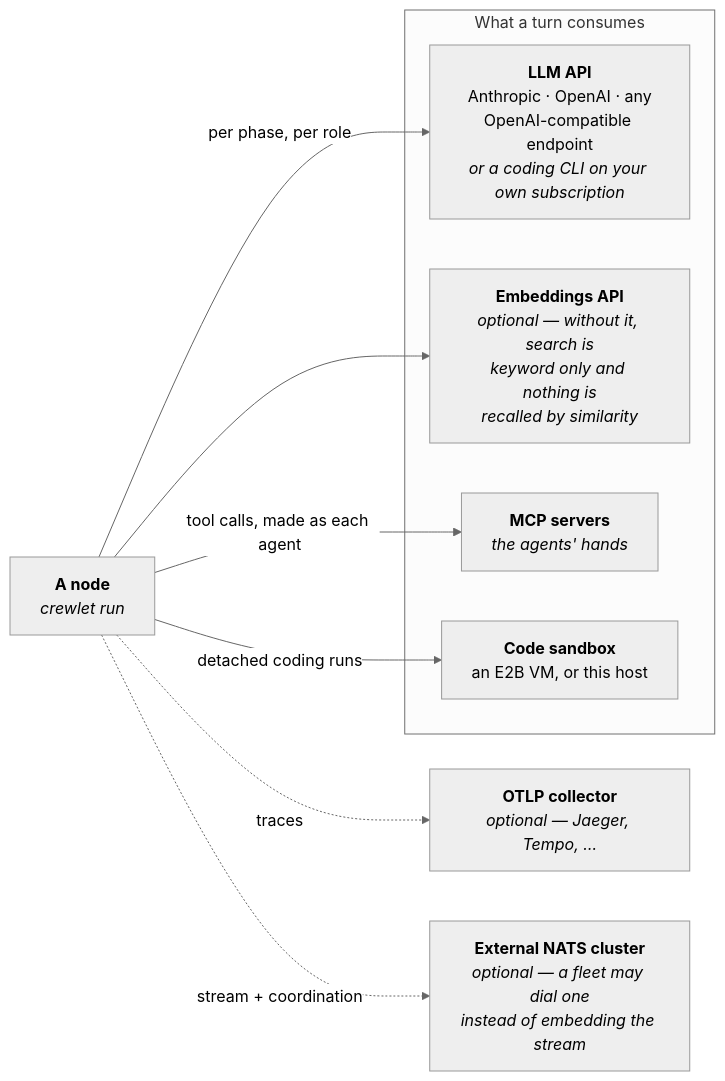
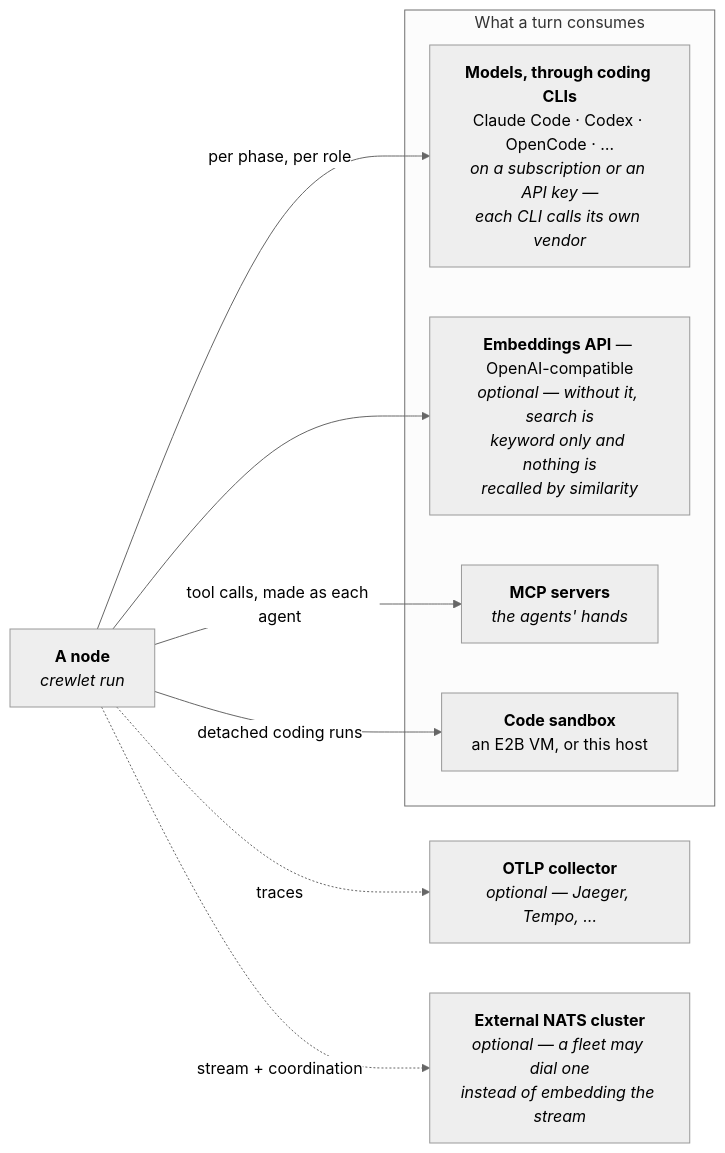
The second of 10 diagrams in docs/concepts/architecture.md (crewlet/crewlet), drawn with Mermaid (neutral theme) before and after one commit. The commit also changed other lines of this file and 601 other files, not shown here.

````diff
--- a/docs/concepts/architecture.md
+++ b/docs/concepts/architecture.md
@@ -62,21 +62,21 @@
 ```mermaid
 flowchart LR
     NODE["<b>A node</b><br/><i>crewlet run</i>"]
 
     subgraph supply["What a turn consumes"]
-        LLM["<b>LLM API</b><br/>Anthropic · OpenAI · any<br/>OpenAI-compatible endpoint<br/><i>or a coding CLI on your own subscription</i>"]
-        EMB["<b>Embeddings API</b><br/><i>optional — without it, search is<br/>keyword only and nothing is<br/>recalled by similarity</i>"]
+        LLM["<b>Models, through coding CLIs</b><br/>Claude Code · Codex · OpenCode · …<br/><i>on a subscription or an API key —<br/>each CLI calls its own vendor</i>"]
+        EMB["<b>Embeddings API</b> — OpenAI-compatible<br/><i>optional — without it, search is<br/>keyword only and nothing is<br/>recalled by similarity</i>"]
         MCPS["<b>MCP servers</b><br/><i>the agents' hands</i>"]
         BOX["<b>Code sandbox</b><br/>an E2B VM, or this host"]
     end
 
     OTEL["<b>OTLP collector</b><br/><i>optional — Jaeger, Tempo, …</i>"]
     NATS["<b>External NATS cluster</b><br/><i>optional — a fleet may dial one<br/>instead of embedding the stream</i>"]
 
     NODE -->|"per phase, per role"| LLM
     NODE --> EMB
     NODE -->|"tool calls, made as each agent"| MCPS
     NODE -->|"detached coding runs"| BOX
     NODE -.->|traces| OTEL
     NODE -.->|"stream + coordination"| NATS
 ```
````
